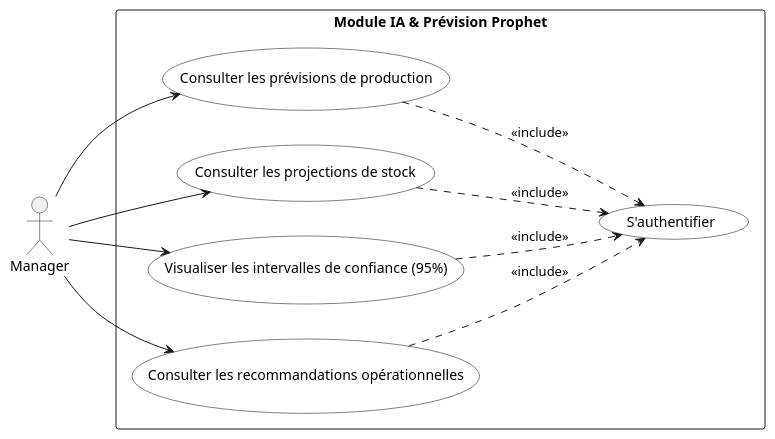
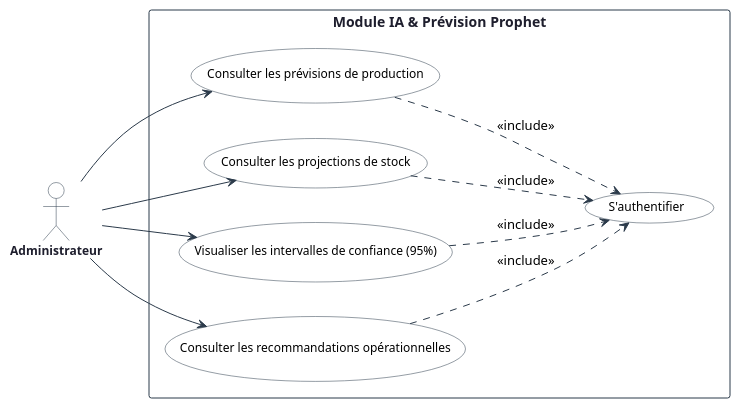
The diagram in Rapport/diagrams/sprint4_usecase.puml (ayoubmek/PFE_data_science), drawn with PlantUML before and after one commit. The commit also changed 142 other files, not shown here.

```diff
--- a/Rapport/diagrams/sprint4_usecase.puml
+++ b/Rapport/diagrams/sprint4_usecase.puml
@@ -1,27 +1,49 @@
 @startuml sprint4_usecase
 left to right direction
+skinparam packageStyle rectangle
+skinparam shadowing false
+
 skinparam usecase {
     BackgroundColor White
-    BorderColor Black
+    BorderColor #2B3A4A
+    ArrowColor #2B3A4A
+    FontSize 12
+    FontName Arial
+}
+skinparam actor {
+    BackgroundColor White
+    BorderColor #2B3A4A
+    FontColor #1E1E2D
+    FontSize 12
+    FontName Arial
+    FontStyle bold
+}
+skinparam rectangle {
+    BackgroundColor White
+    BorderColor #2B3A4A
+    FontSize 14
+    FontName Arial
+    FontStyle bold
+    FontColor #1E1E2D
 }
 
-actor "Manager" as MGR
+actor "Administrateur" as ADM
 
 rectangle "Module IA & Prévision Prophet" {
     usecase "S'authentifier" as UC_Auth
     usecase "Consulter les prévisions de production" as UC41
     usecase "Consulter les projections de stock" as UC42
     usecase "Visualiser les intervalles de confiance (95%)" as UC43
     usecase "Consulter les recommandations opérationnelles" as UC44
 }
 
-MGR --> UC41
-MGR --> UC42
-MGR --> UC43
-MGR --> UC44
+ADM --> UC41
+ADM --> UC42
+ADM --> UC43
+ADM --> UC44
 
 UC41 ..> UC_Auth : <<include>>
 UC42 ..> UC_Auth : <<include>>
 UC43 ..> UC_Auth : <<include>>
 UC44 ..> UC_Auth : <<include>>
 @enduml
```
